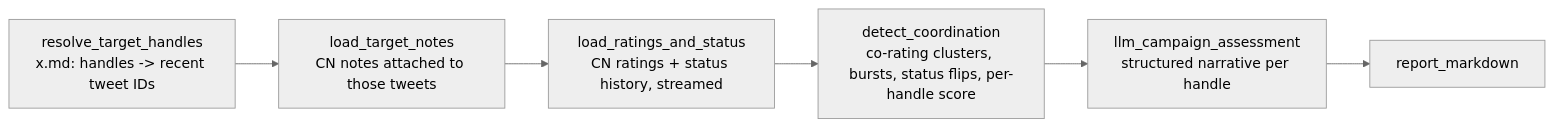
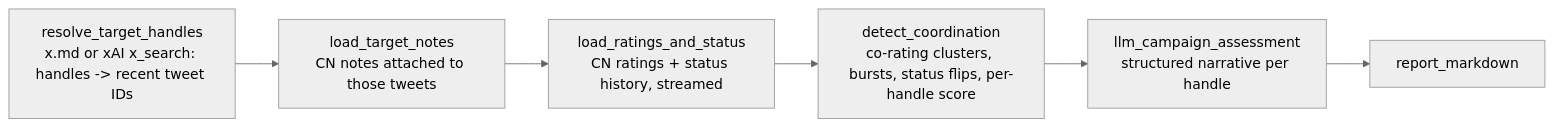
The diagram in workflows/cn-astroturf-mapper/README.md (ThomsenDrake/crb-workflow), drawn with Mermaid (neutral theme) before and after one commit. The commit also changed other lines of this file and 4 other files, not shown here.

```diff
--- a/workflows/cn-astroturf-mapper/README.md
+++ b/workflows/cn-astroturf-mapper/README.md
@@ -13,8 +13,8 @@
 ~~~mermaid
 flowchart LR
-    A[resolve_target_handles<br/>x.md: handles -> recent tweet IDs] --> B[load_target_notes<br/>CN notes attached to those tweets]
+    A[resolve_target_handles<br/>x.md or xAI x_search: handles -> recent tweet IDs] --> B[load_target_notes<br/>CN notes attached to those tweets]
     B --> C[load_ratings_and_status<br/>CN ratings + status history, streamed]
     C --> D[detect_coordination<br/>co-rating clusters, bursts, status flips, per-handle score]
     D --> E[llm_campaign_assessment<br/>structured narrative per handle]
     E --> F[report_markdown]
 ~~~
```
